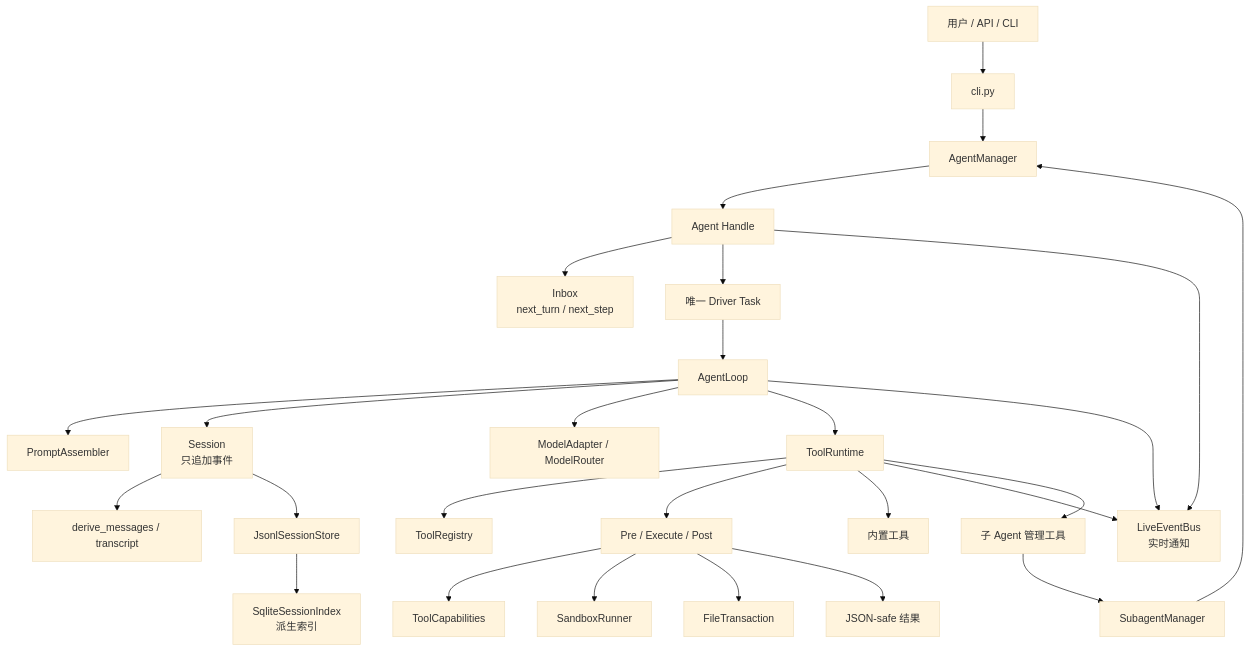
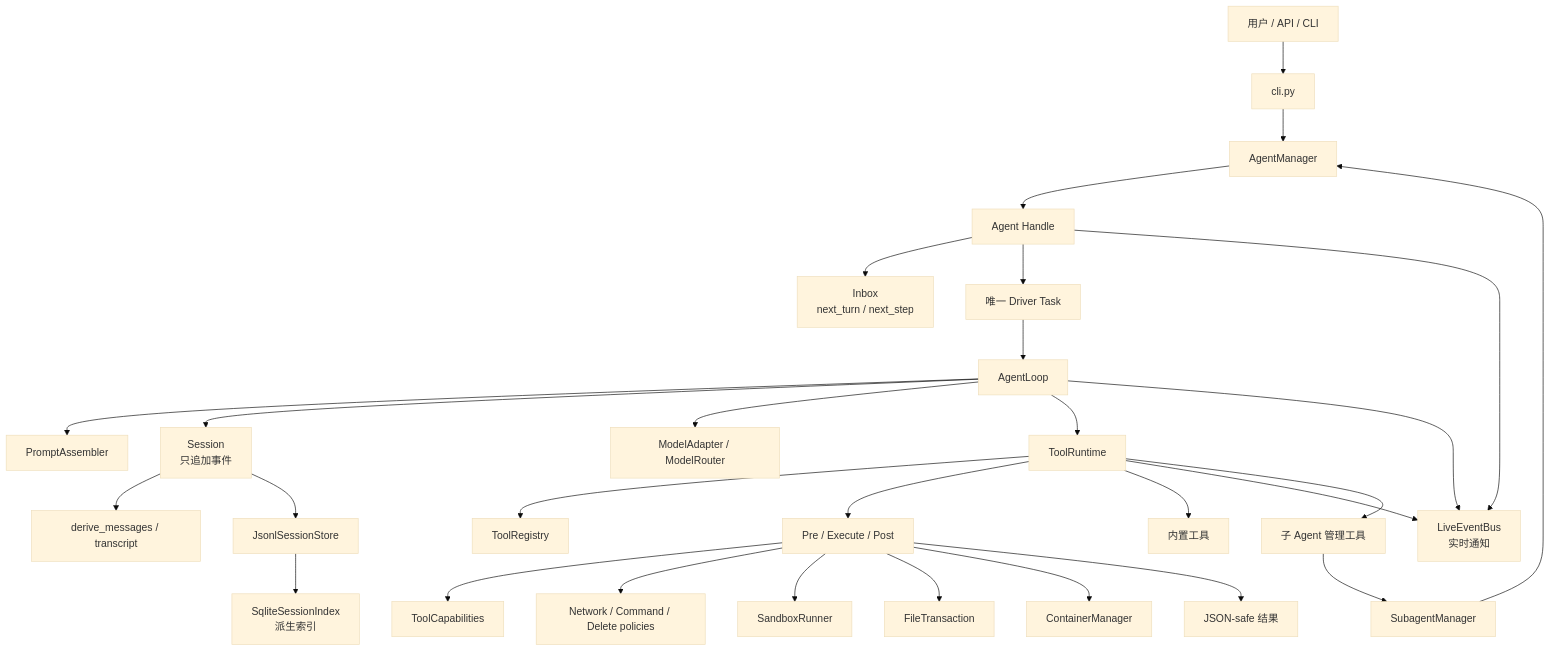
One commit to m13jh/agent changed the first of 6 diagrams in PYTHON_AGENT_TUTORIAL.md. Above: the diagram before and after it, drawn with Mermaid (base theme). The commit also changed other lines of this file and 35 other files, not shown here.

````diff
--- a/PYTHON_AGENT_TUTORIAL.md
+++ b/PYTHON_AGENT_TUTORIAL.md
@@ -180,29 +328,31 @@
 ```mermaid
 flowchart TB
     User[用户 / API / CLI] --> CLI[cli.py]
     CLI --> Manager[AgentManager]
     Manager --> Agent[Agent Handle]
     Agent --> Inbox[Inbox<br/>next_turn / next_step]
     Agent --> Driver[唯一 Driver Task]
     Driver --> Loop[AgentLoop]
     Loop --> Prompt[PromptAssembler]
     Loop --> Session[Session<br/>只追加事件]
     Loop --> LLM[ModelAdapter / ModelRouter]
     Loop --> Runtime[ToolRuntime]
     Runtime --> Registry[ToolRegistry]
     Runtime --> Policies[Pre / Execute / Post]
     Policies --> Capabilities[ToolCapabilities]
+    Policies --> Network[Network / Command / Delete policies]
     Policies --> Sandbox[SandboxRunner]
     Policies --> Transaction[FileTransaction]
+    Policies --> Container[ContainerManager]
     Policies --> Serialize[JSON-safe 结果]
     Runtime --> Builtins[内置工具]
     Session --> Projection[derive_messages / transcript]
     Session --> JSONL[JsonlSessionStore]
     JSONL --> SQLite[SqliteSessionIndex<br/>派生索引]
     Agent --> Bus[LiveEventBus<br/>实时通知]
     Runtime --> Bus
     Loop --> Bus
     Runtime --> SubTool[子 Agent 管理工具]
     SubTool --> SubMgr[SubagentManager]
     SubMgr --> Manager
 ```
````
